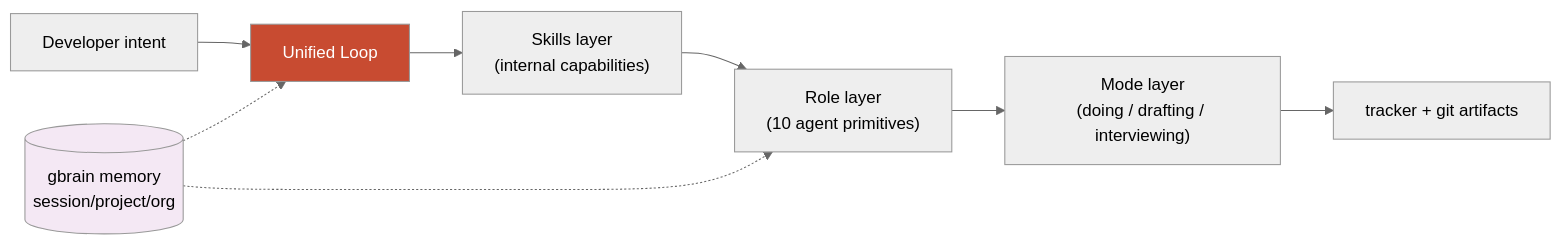
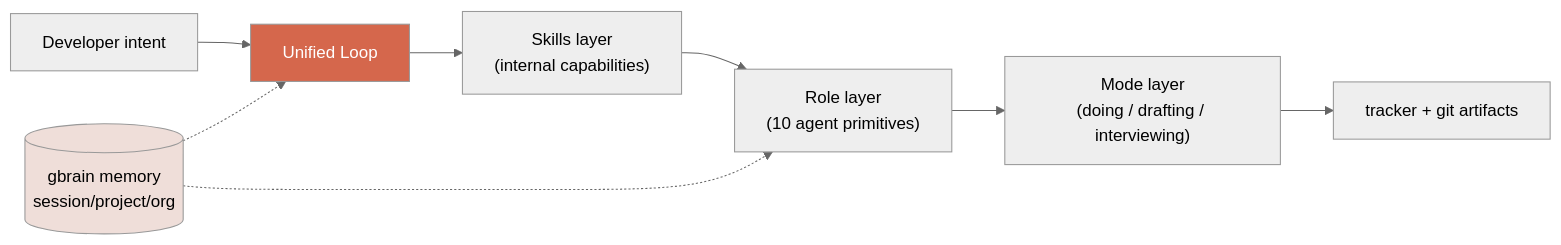
Before and after one commit to nlawstudio/ai-refinement-method: the second of 17 diagrams in METHOD.md, drawn with Mermaid (neutral theme). The commit also changed other lines of this file and 1 other file, not shown here.

````diff
--- a/METHOD.md
+++ b/METHOD.md
@@ -464,13 +485,13 @@
 ```mermaid
 flowchart LR
     Intent[Developer intent] --> Loop[Unified Loop]
     Loop --> Skills["Skills layer<br/>(internal capabilities)"]
     Skills --> Roles["Role layer<br/>(10 agent primitives)"]
     Roles --> Modes["Mode layer<br/>(doing / drafting / interviewing)"]
     Modes --> Output[tracker + git artifacts]
     Memory[(gbrain memory<br/>session/project/org)] -.-> Loop
     Memory -.-> Roles
 
-    style Loop fill:#C84B31,color:#fff
-    style Memory fill:#f4e8f4
+    style Loop fill:#D5674C,color:#fff
+    style Memory fill:#EFDED9
 ```
````
